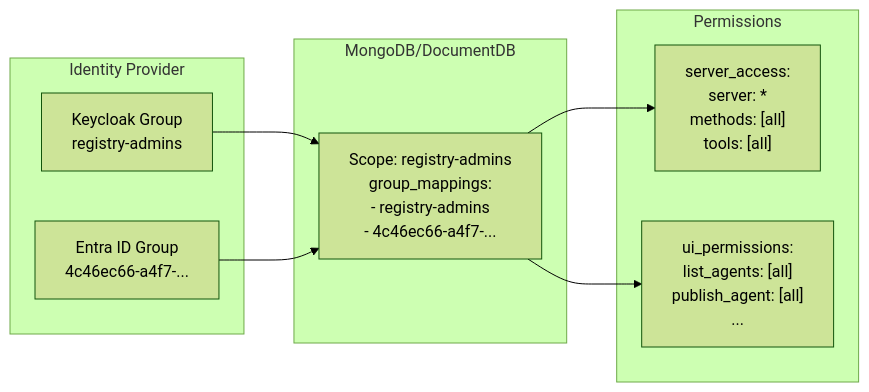
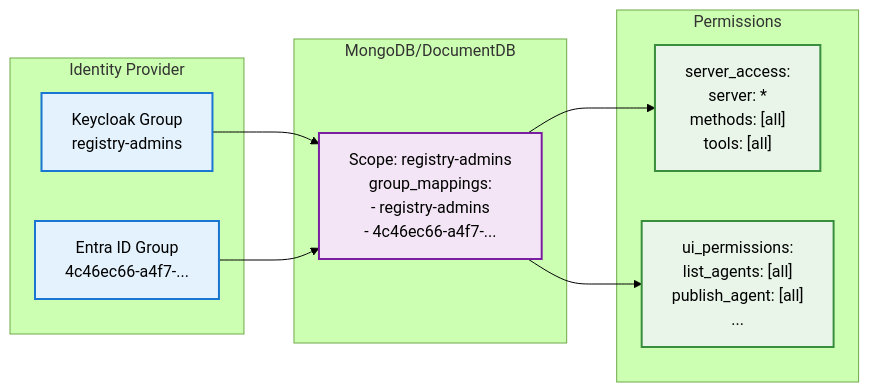
One commit to jrmatherly/mcp-registry-gateway changed the second of 3 diagrams in docs/auth.md. Above: the diagram before and after it, drawn with Mermaid (forest theme). The commit also changed 35 other files, not shown here.

````diff
--- a/docs/auth.md
+++ b/docs/auth.md
@@ -111,21 +111,30 @@
 ```mermaid
 flowchart LR
     subgraph IdP["Identity Provider"]
         KC["Keycloak Group<br/>registry-admins"]
         EA["Entra ID Group<br/>4c46ec66-a4f7-..."]
     end
 
     subgraph DB["MongoDB/DocumentDB"]
         SM["Scope: registry-admins<br/>group_mappings:<br/>- registry-admins<br/>- 4c46ec66-a4f7-..."]
     end
 
     subgraph Perms["Permissions"]
         SA["server_access:<br/>server: *<br/>methods: [all]<br/>tools: [all]"]
         UI["ui_permissions:<br/>list_agents: [all]<br/>publish_agent: [all]<br/>..."]
     end
 
     KC --> SM
     EA --> SM
     SM --> SA
     SM --> UI
+
+    %% Dark mode text visibility
+    classDef idpStyle fill:#e3f2fd,stroke:#1976d2,stroke-width:2px,color:#000
+    classDef dbStyle fill:#f3e5f5,stroke:#7b1fa2,stroke-width:2px,color:#000
+    classDef permStyle fill:#e8f5e8,stroke:#388e3c,stroke-width:2px,color:#000
+
+    class KC,EA idpStyle
+    class SM dbStyle
+    class SA,UI permStyle
 ```
````
